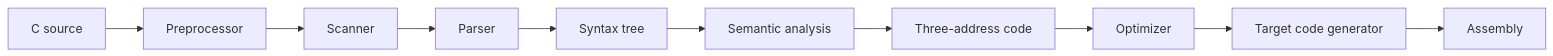
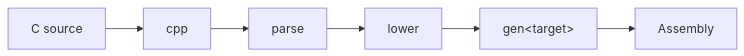
One commit to sergev/vcc changed the diagram in README.md. Above: the diagram before and after it, drawn with Mermaid. The commit also changed other lines of this file and 3 other files, not shown here.

````diff
--- a/README.md
+++ b/README.md
@@ -48,6 +40,4 @@
 ```mermaid
 flowchart LR
-    Source[C source] --> Cpp[Preprocessor] --> Scanner --> Parser --> Tree[Syntax tree]
-    Tree --> Semantic[Semantic analysis] --> TAC[Three-address code]
-    TAC --> Optimizer --> Codegen[Target code generator] --> Asm[Assembly]
+    Source[C source] --> Cpp[cpp] --> Parse[parse] --> Lower[lower] --> Gen[gen&lt;target&gt;] --> Asm[Assembly]
 ```
````
